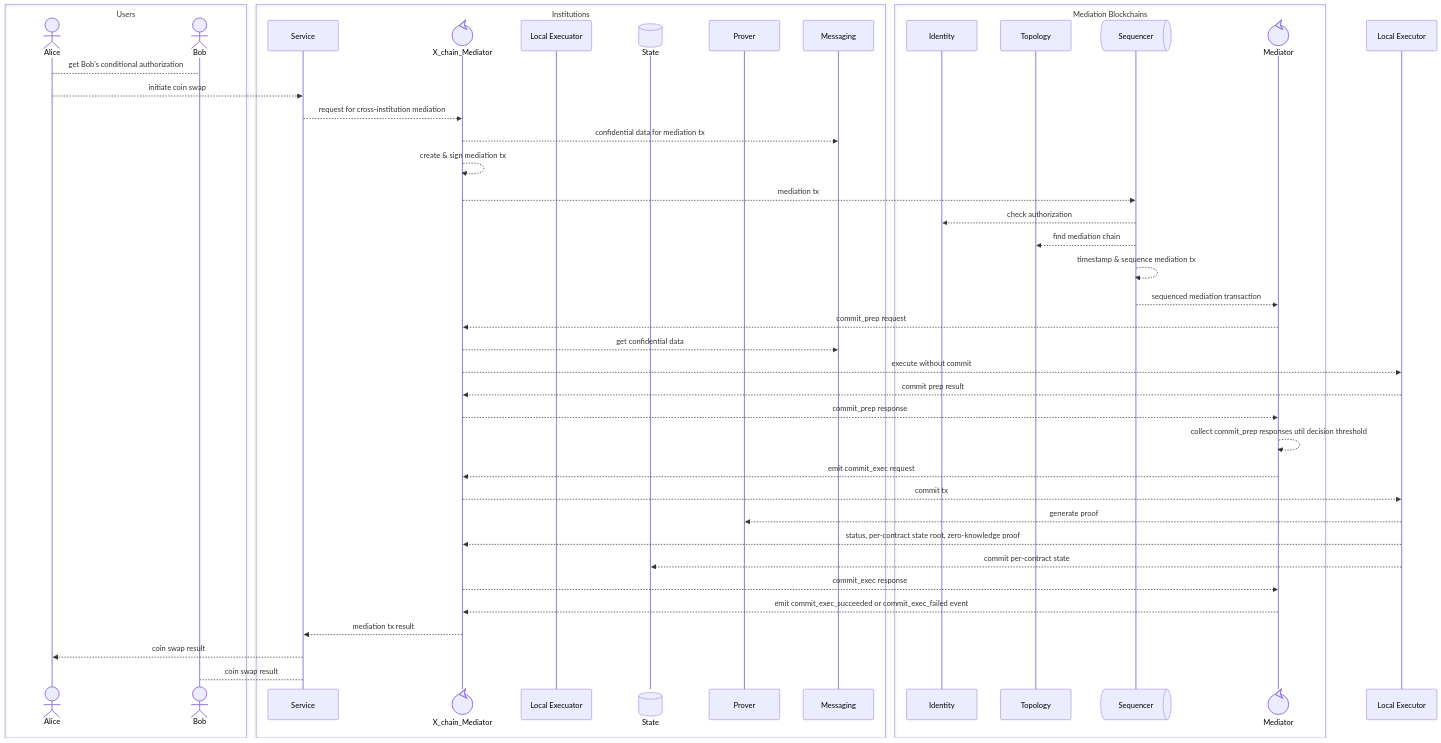
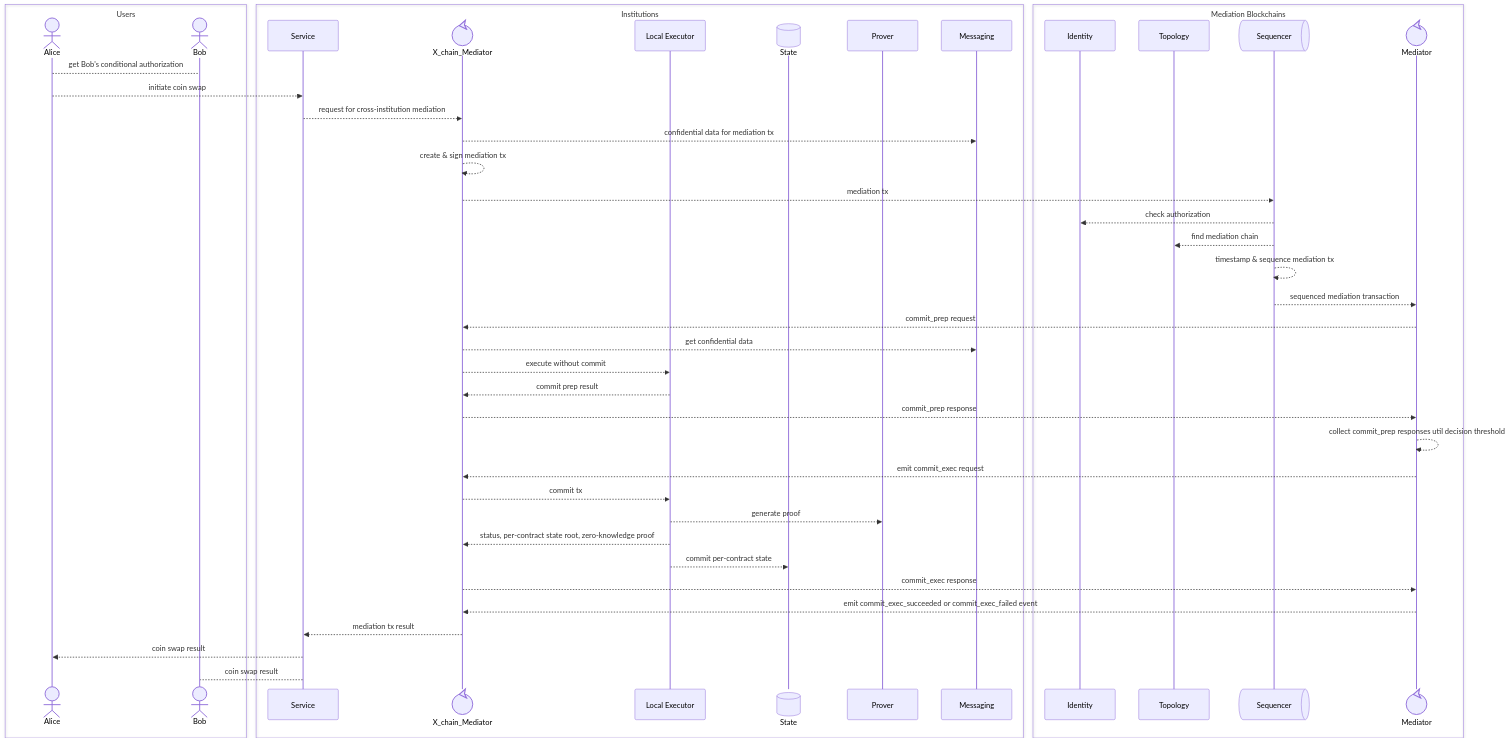
The diagram in finance_architecture.md (PDXbaap/design), drawn with Mermaid before and after one commit.

````diff
--- a/finance_architecture.md
+++ b/finance_architecture.md
@@ -29,47 +29,47 @@
 ```mermaid
 sequenceDiagram
 box Users
 actor Alice
 actor Bob
 end
 box Institutions
 participant Service
 participant X_chain_Mediator@{"type": "control"}
-participant Local Execuator
+participant Local Executor
 participant State@{"type": "database"}
 participant Prover
 participant Messaging
 end
 box Mediation Blockchains
 participant Identity
 participant Topology
 participant Sequencer@{"type": "queue"}
 participant Mediator@{"type": "control"}
 end
 Alice --> Bob: get Bob's conditional authorization
 Alice -->> Service: initiate coin swap
 Service -->> X_chain_Mediator: request for cross-institution mediation
 X_chain_Mediator -->> Messaging: confidential data for mediation tx
 X_chain_Mediator -->> X_chain_Mediator: create & sign mediation tx
 X_chain_Mediator -->> Sequencer: mediation tx
 Sequencer -->> Identity: check authorization
 Sequencer -->> Topology: find mediation chain
 Sequencer -->> Sequencer: timestamp & sequence mediation tx
 Sequencer -->> Mediator: sequenced mediation transaction
 Mediator -->> X_chain_Mediator: commit_prep request
 X_chain_Mediator -->> Messaging: get confidential data
 X_chain_Mediator -->> Local Executor: execute without commit
 Local Executor -->> X_chain_Mediator: commit prep result
 X_chain_Mediator -->> Mediator: commit_prep response
 Mediator -->> Mediator: collect commit_prep responses util decision threshold
 Mediator -->> X_chain_Mediator: emit commit_exec request
 X_chain_Mediator -->> Local Executor: commit tx
 Local Executor -->> Prover: generate proof
 Local Executor -->> X_chain_Mediator: status, per-contract state root, zero-knowledge proof
 Local Executor -->> State: commit per-contract state
 X_chain_Mediator -->> Mediator: commit_exec response
 Mediator -->> X_chain_Mediator: emit commit_exec_succeeded or commit_exec_failed event
 X_chain_Mediator -->> Service: mediation tx result
 Service -->> Alice: coin swap result
 Service --> Bob: coin swap result
 ```
````
